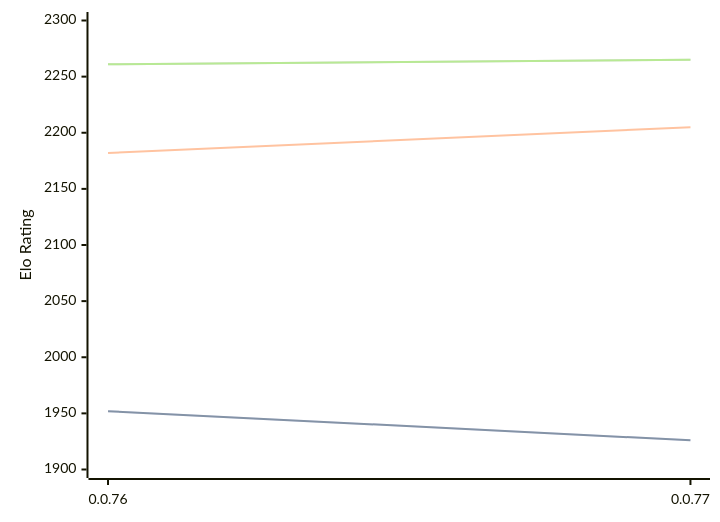
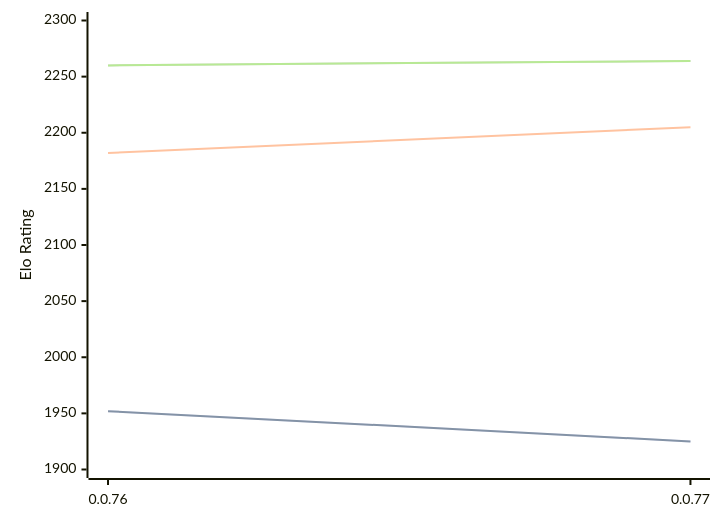
One commit to computer-chess-index/cci changed the diagram in engines/Fktb.md. Above: the diagram before and after it, drawn with Mermaid. The commit also changed other lines of this file, not shown here.

Commit message:
Update CCI Ratings (ELO VLTC) - 2026-02-18

````diff
--- a/engines/Fktb.md
+++ b/engines/Fktb.md
@@ -29,11 +29,11 @@
 ```mermaid
 %%{init: {"theme":"base","themeVariables":{"seriesColors:['#a3a3a3','#222221','#faa371']}}}%%
 xychart-beta
   x-axis ["0.0.76", "0.0.77"]
   y-axis "Elo Rating" 1900 --> 2300
-  line "STC (8.0+0.08s)" [1952, 1926]
-  line "STC (8.0+0.08s)" [1952, 1926]
+  line "STC (8.0+0.08s)" [1952, 1925]
+  line "STC (8.0+0.08s)" [1952, 1925]
   line "LTC (60.0+0.60s)" [2182, 2205]
-  line "VLTC (2m24s+1.12s)" [2261, 2265]
-  line "VLTC (2m24s+1.12s)" [2261, 2265]
+  line "VLTC (2m24s+1.12s)" [2260, 2264]
+  line "VLTC (2m24s+1.12s)" [2260, 2264]
 ```
````
